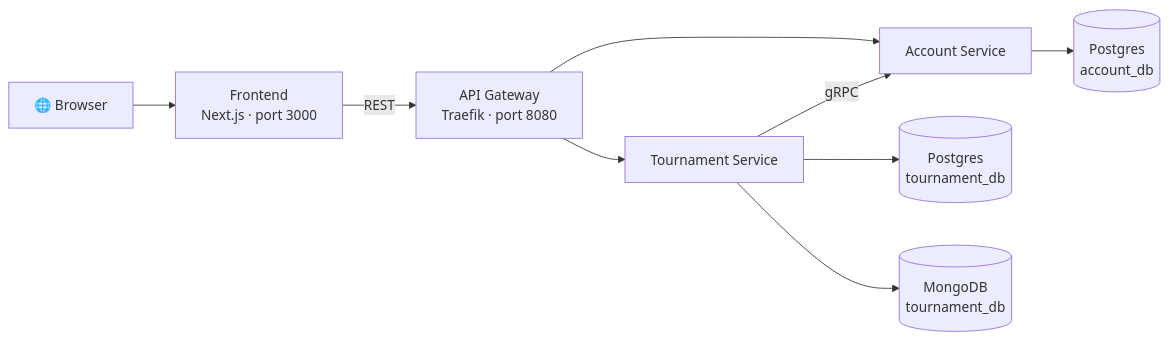
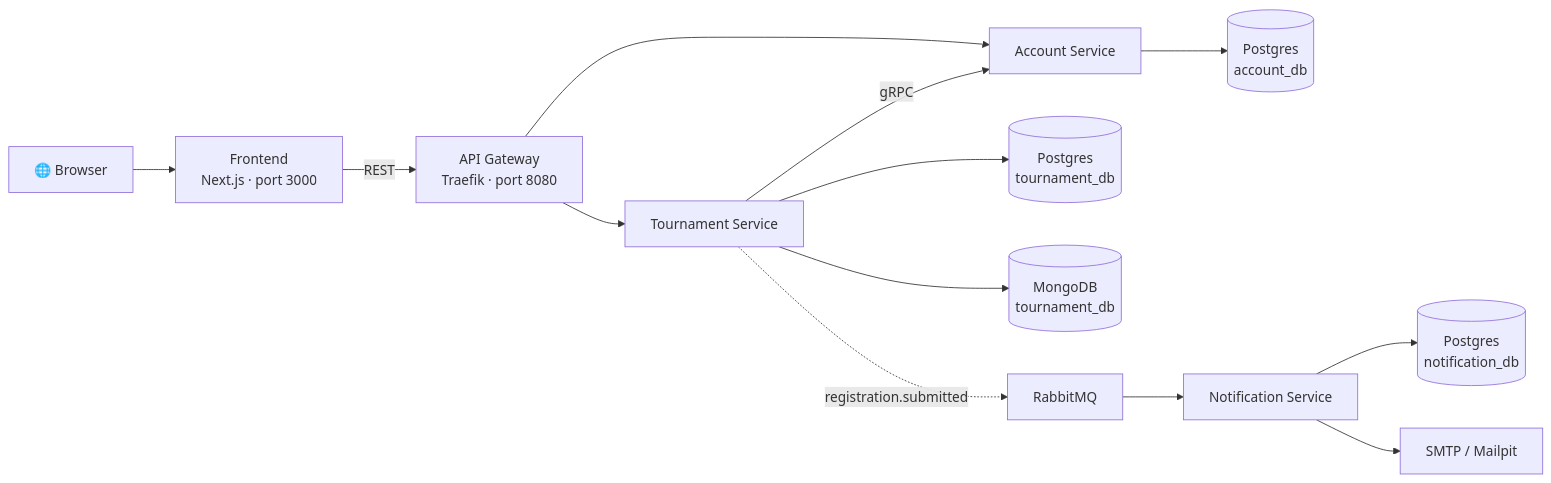
One commit to moomaideng/eventory changed the diagram in README.md. Above: the diagram before and after it, drawn with Mermaid. The commit also changed other lines of this file and 31 other files, not shown here.

First line of the commit message:
Feat/notification registration email (#227)

````diff
--- a/README.md
+++ b/README.md
@@ -11,11 +11,15 @@
 ```mermaid
 flowchart LR
     Browser["🌐 Browser"] --> FE["Frontend<br/>Next.js · port 3000"]
     FE -->|REST| GW["API Gateway<br/>Traefik · port 8080"]
     GW --> ACC["Account Service"]
     GW --> TOUR["Tournament Service"]
     ACC --> PG[("Postgres<br/>account_db")]
     TOUR --> PG2[("Postgres<br/>tournament_db")]
     TOUR --> MONGO[("MongoDB<br/>tournament_db")]
     TOUR -->|gRPC| ACC
+    TOUR -.->|registration.submitted| MQ["RabbitMQ"]
+    MQ --> NOTIFY["Notification Service"]
+    NOTIFY --> NPG[("Postgres<br/>notification_db")]
+    NOTIFY --> SMTP["SMTP / Mailpit"]
 ```
````
